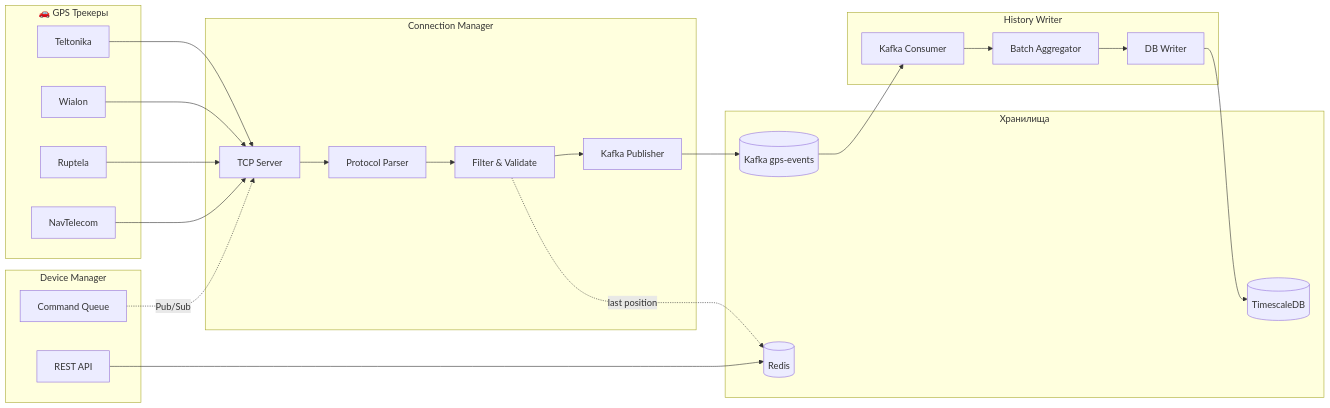
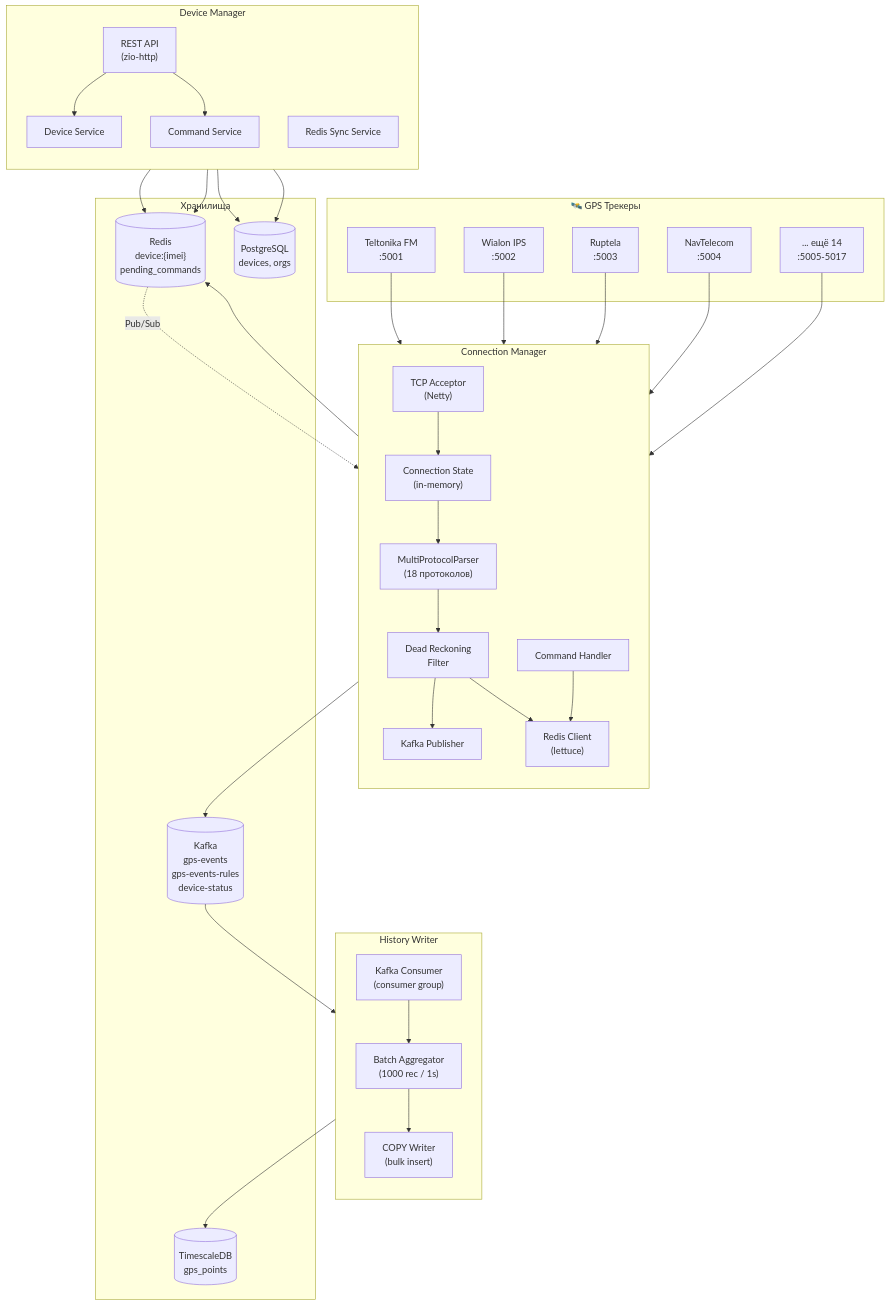
One commit to revarewerd/wayrecall-tracker-system changed the first of 19 diagrams in docs/blocks/ARCHITECTURE_BLOCK1.md. Above: the diagram before and after it, drawn with Mermaid. The commit also changed other lines of this file and 544 other files, not shown here.

````diff
--- a/docs/blocks/ARCHITECTURE_BLOCK1.md
+++ b/docs/blocks/ARCHITECTURE_BLOCK1.md
@@ -43,43 +71,56 @@
 ```mermaid
-flowchart LR
-    subgraph Devices["🚗 GPS Трекеры"]
-        T1[Teltonika]
-        T2[Wialon]
-        T3[Ruptela]
-        T4[NavTelecom]
+flowchart TB
+    subgraph Trackers["🛰️ GPS Трекеры"]
+        T1["Teltonika FM\n:5001"]
+        T2["Wialon IPS\n:5002"]
+        T3["Ruptela\n:5003"]
+        T4["NavTelecom\n:5004"]
+        T5["... ещё 14\n:5005-5017"]
     end
 
     subgraph CM["Connection Manager"]
-        TCP[TCP Server]
-        Parser[Protocol Parser]
-        Filter[Filter & Validate]
-        Publisher[Kafka Publisher]
+        direction TB
+        TCPAcceptor["TCP Acceptor\n(Netty)"]
+        ConnState["Connection State\n(in-memory)"]
+        MultiParser["MultiProtocolParser\n(18 протоколов)"]
+        DRFilter["Dead Reckoning\nFilter"]
+        KafkaPub["Kafka Publisher"]
+        CmdHandler["Command Handler"]
+        RedisClient["Redis Client\n(lettuce)"]
+    end
+
+    subgraph HW["History Writer"]
+        direction TB
+        KafkaConsumer["Kafka Consumer\n(consumer group)"]
+        BatchAgg["Batch Aggregator\n(1000 rec / 1s)"]
+        CopyWriter["COPY Writer\n(bulk insert)"]
+    end
+
+    subgraph DM["Device Manager"]
+        direction TB
+        RestAPI["REST API\n(zio-http)"]
+        DeviceSvc["Device Service"]
+        CmdSvc["Command Service"]
+        SyncSvc["Redis Sync Service"]
     end
 
     subgraph Stores["Хранилища"]
-        Kafka[(Kafka gps-events)]
-        Redis[(Redis)]
-        TSDB[(TimescaleDB)]
+        Kafka[("Kafka\ngps-events\ngps-events-rules\ndevice-status")]
+        Redis[("Redis\ndevice:{imei}\npending_commands")]
+        TSDB[("TimescaleDB\ngps_points")]
+        PG[("PostgreSQL\ndevices, orgs")]
     end
 
-    subgraph HW["History Writer"]
-        Consumer[Kafka Consumer]
-        Batcher[Batch Aggregator]
-        Writer[DB Writer]
-    end
+    T1 & T2 & T3 & T4 & T5 --> TCPAcceptor
+    TCPAcceptor --> ConnState --> MultiParser --> DRFilter --> KafkaPub --> Kafka
+    DRFilter --> RedisClient --> Redis
+    CmdHandler --> RedisClient
+    Redis -.->|Pub/Sub| CmdHandler
 
-    subgraph DM["Device Manager"]
-        API[REST API]
-        CmdQueue[Command Queue]
-    end
+    Kafka --> KafkaConsumer --> BatchAgg --> CopyWriter --> TSDB
 
-    T1 & T2 & T3 & T4 --> TCP
-    TCP --> Parser --> Filter --> Publisher
-    Publisher --> Kafka
-    Filter -.-> |last position| Redis
-    
-    Kafka --> Consumer --> Batcher --> Writer --> TSDB
-    
-    API --> Redis
-    CmdQueue -.-> |Pub/Sub| TCP
+    RestAPI --> DeviceSvc --> PG
+    RestAPI --> CmdSvc --> Redis
+    SyncSvc --> Redis
+    SyncSvc --> PG
 ```
````
